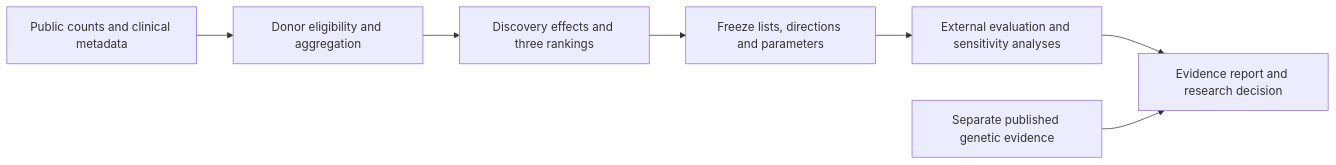
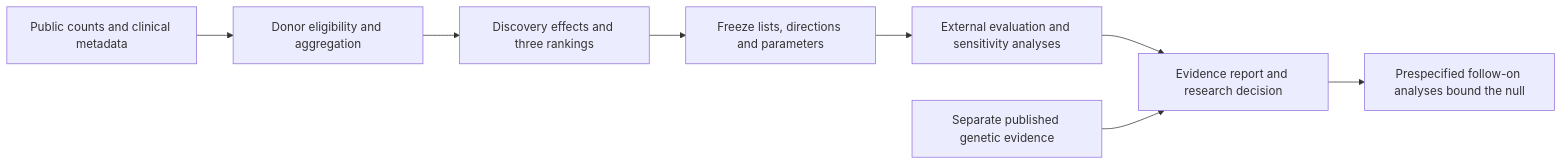
One commit to NingyuSUN/endotarget-evidence changed the diagram in README.md. Above: the diagram before and after it, drawn with Mermaid. The commit also changed other lines of this file and 1 other file, not shown here.

First line of the commit message:
Summarize the follow-on analyses on both README homepages

````diff
--- a/README.md
+++ b/README.md
@@ -29,9 +30,10 @@
 ```mermaid
 flowchart LR
     A[Public counts and clinical metadata] --> B[Donor eligibility and aggregation]
     B --> C[Discovery effects and three rankings]
     C --> D[Freeze lists, directions and parameters]
     D --> E[External evaluation and sensitivity analyses]
     E --> F[Evidence report and research decision]
     G[Separate published genetic evidence] --> F
+    F --> H[Prespecified follow-on analyses bound the null]
 ```
````
